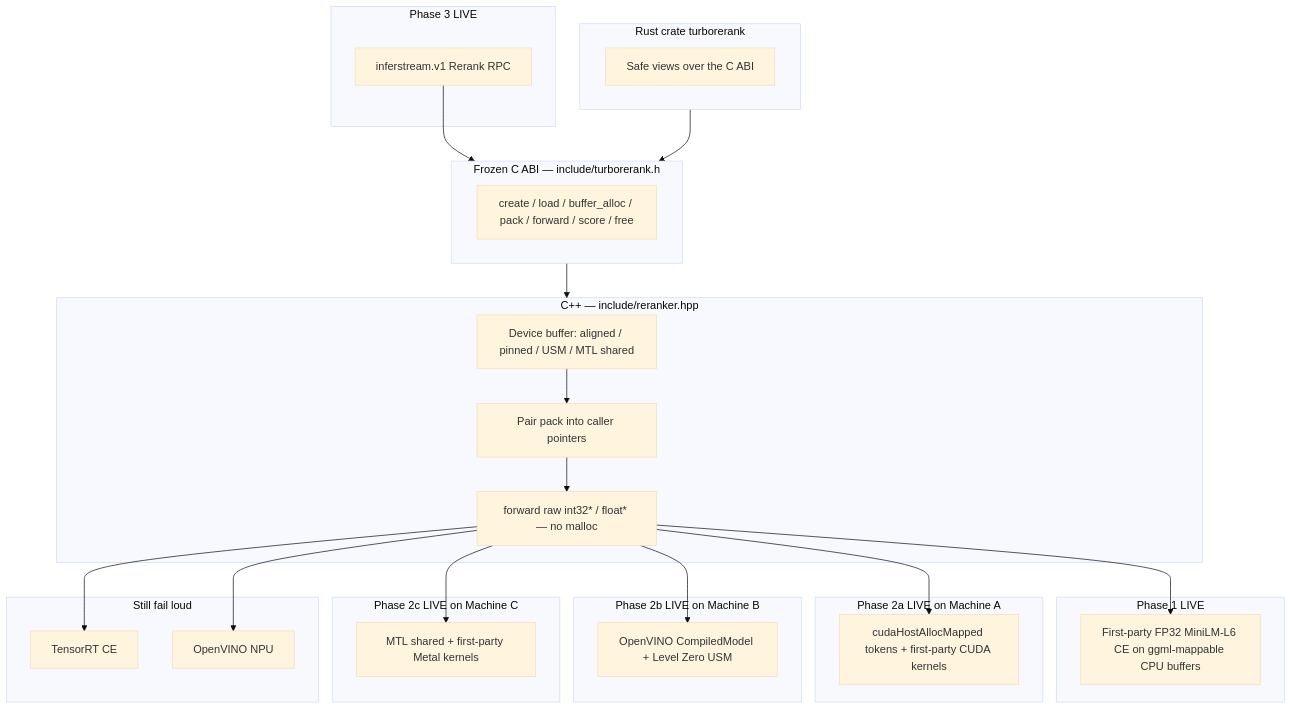
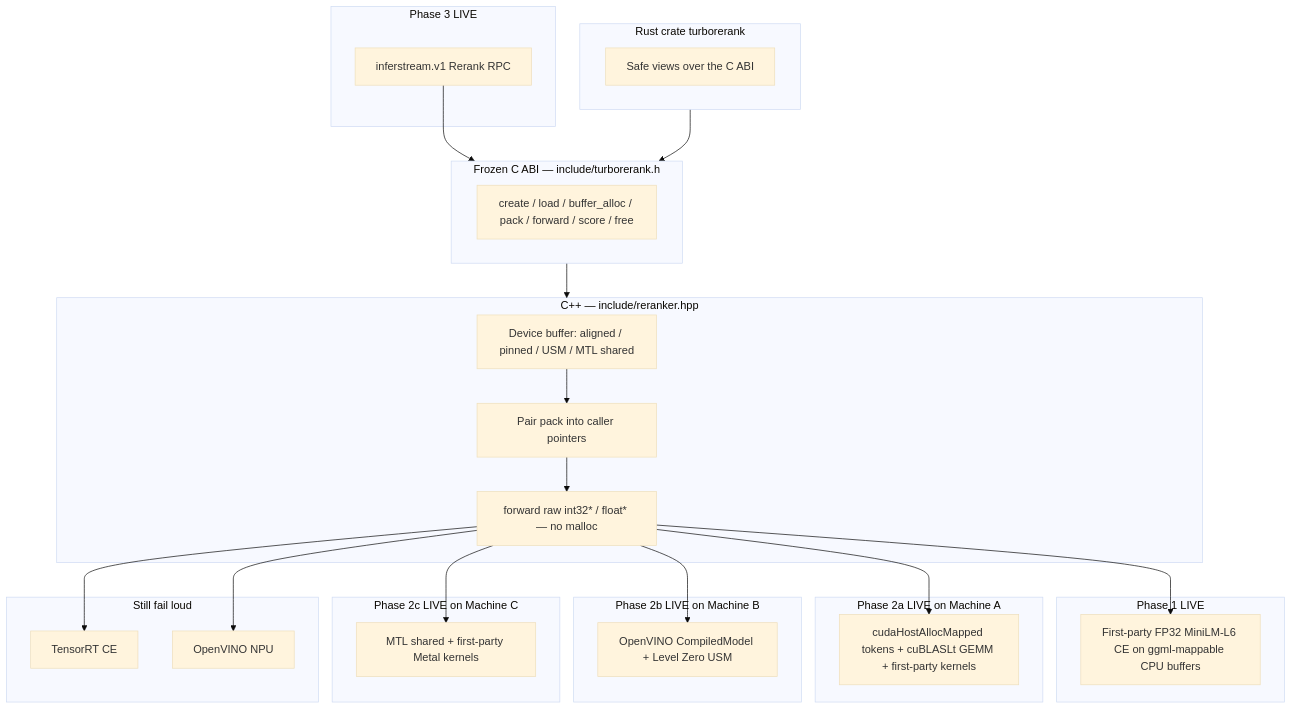
The diagram in docs/turborerank-architecture.md (ai-pipestream/turboembed), drawn with Mermaid (base theme) before and after one commit. The commit also changed other lines of this file and 11 other files, not shown here.

First line of the commit message:
feat: replace TurboRerank CUDA linear_nt GEMM with cuBLASLt

````diff
--- a/docs/turborerank-architecture.md
+++ b/docs/turborerank-architecture.md
@@ -161,52 +161,52 @@
 ```mermaid
 flowchart TB
     subgraph rpc [Phase 3 LIVE]
         RPC["inferstream.v1 Rerank RPC"]
     end
 
     subgraph rust [Rust crate turborerank]
         Safe["Safe views over the C ABI"]
     end
 
     subgraph abi [Frozen C ABI — include/turborerank.h]
         H["create / load / buffer_alloc / pack / forward / score / free"]
     end
 
     subgraph cpp [C++ — include/reranker.hpp]
         Buf["Device buffer: aligned / pinned / USM / MTL shared"]
         Pack["Pair pack into caller pointers"]
         Fwd["forward raw int32* / float* — no malloc"]
     end
 
     subgraph cpu [Phase 1 LIVE]
         BERT["First-party FP32 MiniLM-L6 CE on ggml-mappable CPU buffers"]
     end
 
     subgraph cuda [Phase 2a LIVE on Machine A]
-        CUDA["cudaHostAllocMapped tokens + first-party CUDA kernels"]
+        CUDA["cudaHostAllocMapped tokens + cuBLASLt GEMM + first-party kernels"]
     end
 
     subgraph ov [Phase 2b LIVE on Machine B]
         OV["OpenVINO CompiledModel + Level Zero USM"]
     end
 
     subgraph metal [Phase 2c LIVE on Machine C]
         MTL["MTL shared + first-party Metal kernels"]
     end
 
     subgraph laterhw [Still fail loud]
         TRT["TensorRT CE"]
         NPU["OpenVINO NPU"]
     end
 
     RPC --> abi
     rust --> abi
     abi --> cpp
     Buf --> Pack --> Fwd
     Fwd --> BERT
     Fwd --> CUDA
     Fwd --> OV
     Fwd --> MTL
     Fwd --> TRT
     Fwd --> NPU
 ```
````
